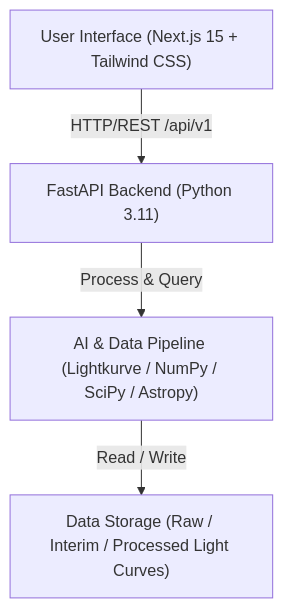
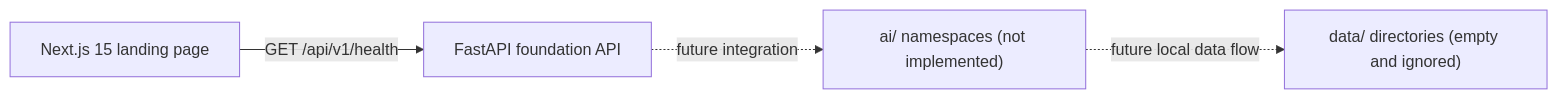
One commit to jyotiradityapatra06/ExoVision-AI changed the diagram in docs/architecture.md. Above: the diagram before and after it, drawn with Mermaid. The commit also changed other lines of this file and 15 other files, not shown here.

````diff
--- a/docs/architecture.md
+++ b/docs/architecture.md
@@ -11,11 +8,11 @@
 ```mermaid
-graph TD
-    Client["User Interface (Next.js 15 + Tailwind CSS)"]
-    API["FastAPI Backend (Python 3.11)"]
-    AIPkg["AI & Data Pipeline (Lightkurve / NumPy / SciPy / Astropy)"]
-    DataStore["Data Storage (Raw / Interim / Processed Light Curves)"]
+flowchart LR
+    Browser["Next.js 15 landing page"]
+    API["FastAPI foundation API"]
+    FutureAI["ai/ namespaces (not implemented)"]
+    FutureData["data/ directories (empty and ignored)"]
 
-    Client -->|HTTP/REST /api/v1| API
-    API -->|Process & Query| AIPkg
-    AIPkg -->|Read / Write| DataStore
+    Browser -->|"GET /api/v1/health"| API
+    API -. "future integration" .-> FutureAI
+    FutureAI -. "future local data flow" .-> FutureData
 ```
````
